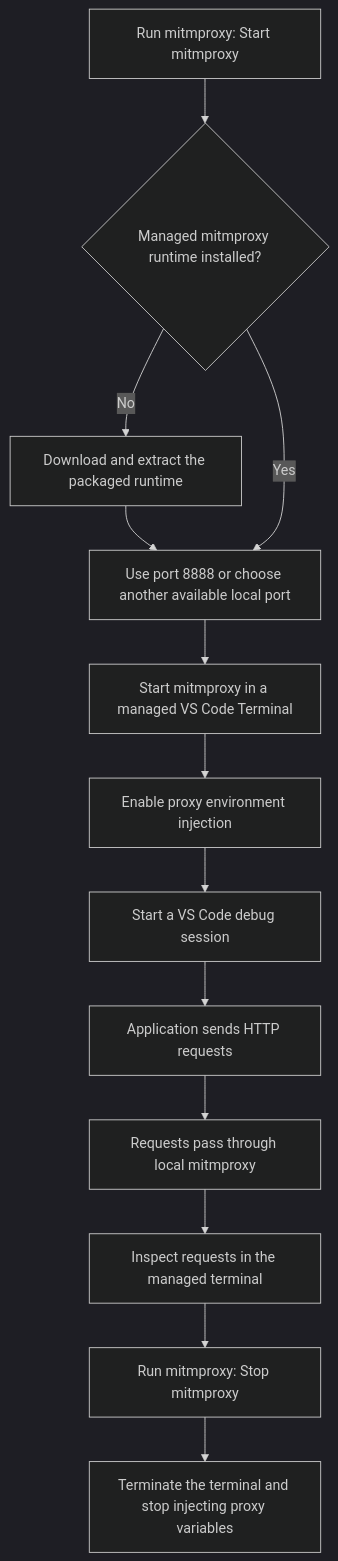
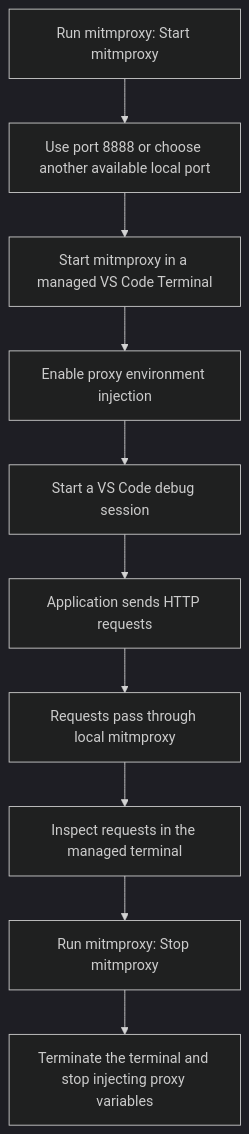
One commit to fengqi-dev/request-inspector changed the diagram in README.md. Above: the diagram before and after it, drawn with Mermaid (dark theme). The commit also changed other lines of this file and 11 other files, not shown here.

Commit message:
Refactor Request Inspector to use system-installed mitmproxy instead of managed runtime. Update README files to reflect installation requirements and streamline the proxy setup process. Remove installer and related files for managed runtime.

````diff
--- a/README.md
+++ b/README.md
@@ -21,22 +21,18 @@
 ```mermaid
 flowchart TD
     command[Run mitmproxy: Start mitmproxy]
-    runtime{Managed mitmproxy runtime installed?}
-    download[Download and extract the packaged runtime]
     port[Use port 8888 or choose another available local port]
     terminal[Start mitmproxy in a managed VS Code Terminal]
     inject[Enable proxy environment injection]
     debug[Start a VS Code debug session]
     app[Application sends HTTP requests]
     proxy[Requests pass through local mitmproxy]
     inspect[Inspect requests in the managed terminal]
     stop[Run mitmproxy: Stop mitmproxy]
     cleanup[Terminate the terminal and stop injecting proxy variables]
 
-    command --> runtime
-    runtime -- No --> download --> port
-    runtime -- Yes --> port
+    command --> port
     port --> terminal --> inject --> debug
     debug --> app --> proxy --> inspect
     inspect --> stop --> cleanup
 ```
````
